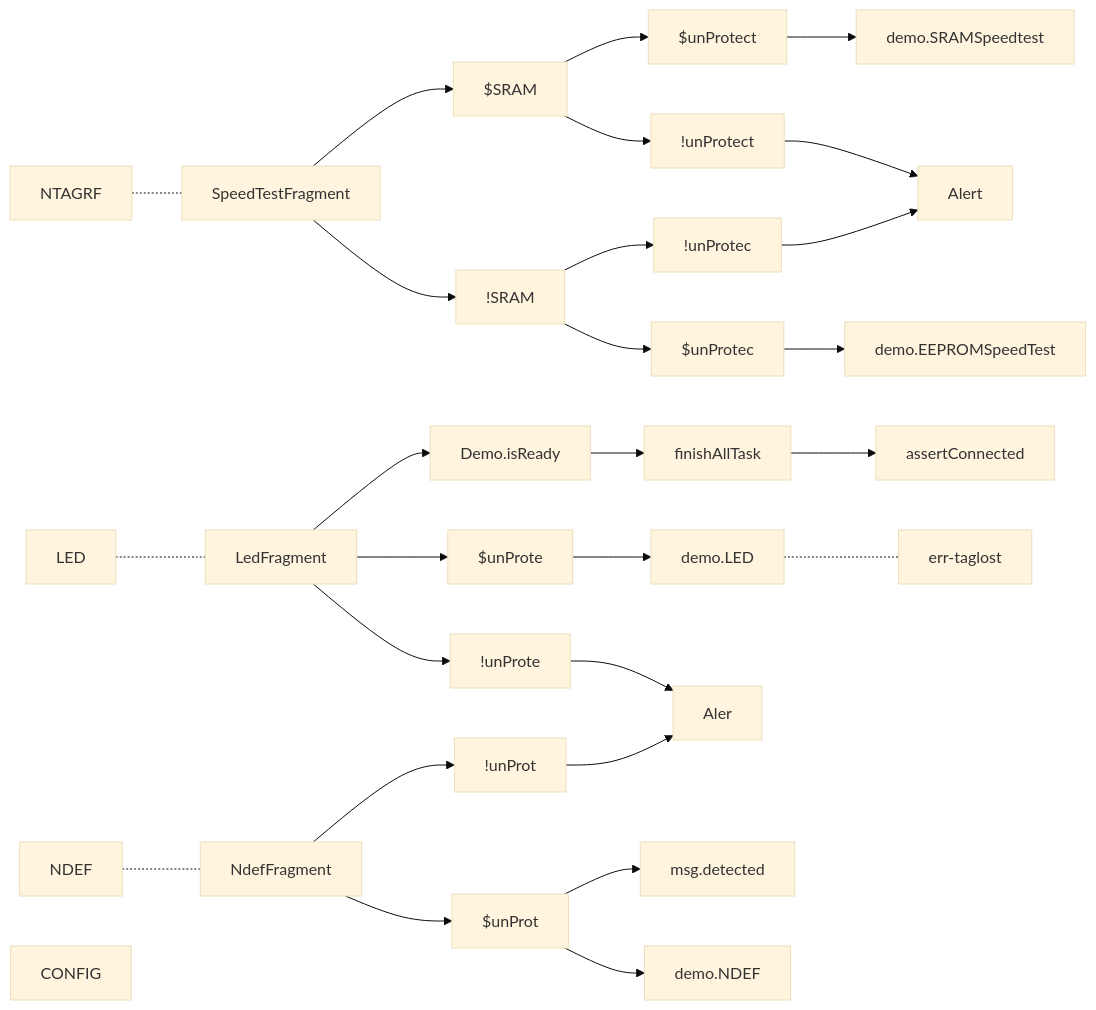
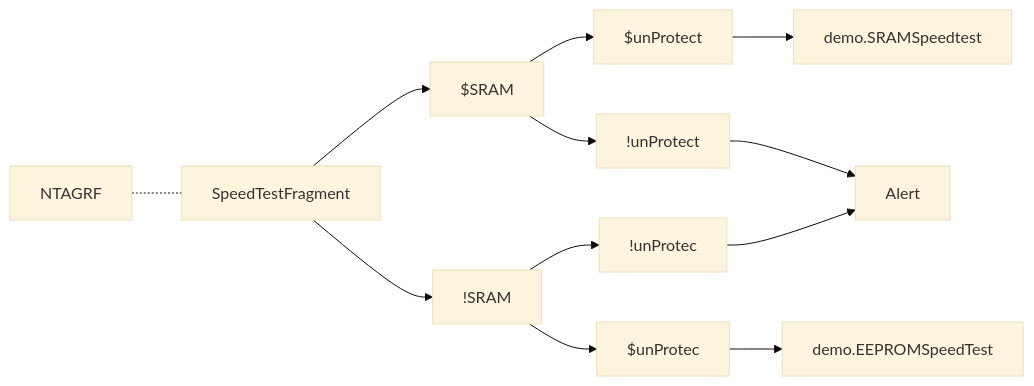
One commit to gordianknotC/nxp_note changed the seventh of 10 diagrams in nxp/MainActivity.md. Above: the diagram before and after it, drawn with Mermaid (base theme). The commit also changed other lines of this file, not shown here.

Commit message:
nxp/MainActivity.md updated from https://stackedit.io/

````diff
--- a/nxp/MainActivity.md
+++ b/nxp/MainActivity.md
@@ -77,36 +77,14 @@
 ``` mermaid
 graph LR
 NTAGRF -.- SpeedTestFragment
 SpeedTestFragment--> $SRAM
 SpeedTestFragment--> !SRAM
 $SRAM --> $unProtect
 $SRAM --> !unProtect
 $unProtect--> demo.SRAMSpeedtest
 !unProtect--> Alert
 !SRAM --> $unProtec
 !SRAM --> !unProtec
 $unProtec --> demo.EEPROMSpeedTest
 !unProtec --> Alert
-
-
-LED -.- LedFragment
-LedFragment --> Demo.isReady
-Demo.isReady --> finishAllTask
-finishAllTask --> assertConnected
-LedFragment --> $unProte
-LedFragment --> !unProte
-$unProte --> demo.LED
-demo.LED -.- err-taglost
-!unProte --> Aler
-
-
-NDEF -.- NdefFragment
-NdefFragment --> $unProt
-NdefFragment --> !unProt
-$unProt--> msg.detected
-$unProt--> demo.NDEF
-!unProt --> Aler
-
-
-CONFIG
 ```
````
